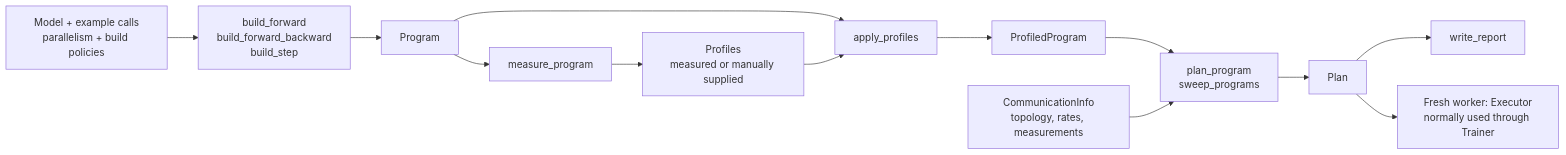
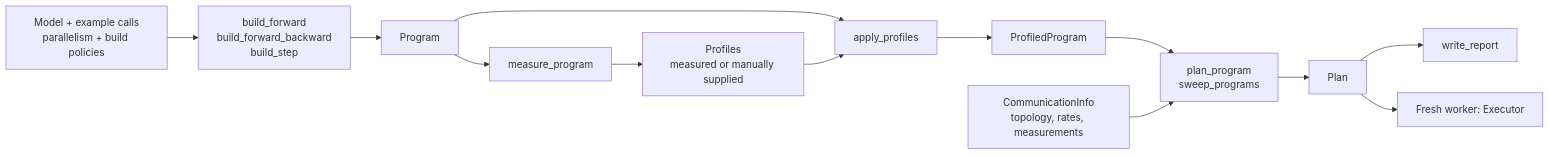
One commit to als244/shadowspill changed the diagram in docs/architecture/overview.md. Above: the diagram before and after it, drawn with Mermaid. The commit also changed other lines of this file and 82 other files, not shown here.

````diff
--- a/docs/architecture/overview.md
+++ b/docs/architecture/overview.md
@@ -13,24 +13,24 @@
 ```mermaid
 flowchart LR
     model["Model + example calls<br/>parallelism + build policies"]
     build["build_forward<br/>build_forward_backward<br/>build_step"]
     program["Program"]
     measure["measure_program"]
     profiles["Profiles<br/>measured or manually supplied"]
     apply["apply_profiles"]
     profiled["ProfiledProgram"]
     comm["CommunicationInfo<br/>topology, rates, measurements"]
     plan["plan_program<br/>sweep_programs"]
     executable["Plan"]
     report["write_report"]
-    executor["Fresh worker: Executor<br/>normally used through Trainer"]
+    executor["Fresh worker: Executor"]
 
     model --> build --> program
     program --> measure --> profiles
     program --> apply
     profiles --> apply --> profiled --> plan
     comm --> plan
     plan --> executable
     executable --> report
     executable --> executor
 ```
````
